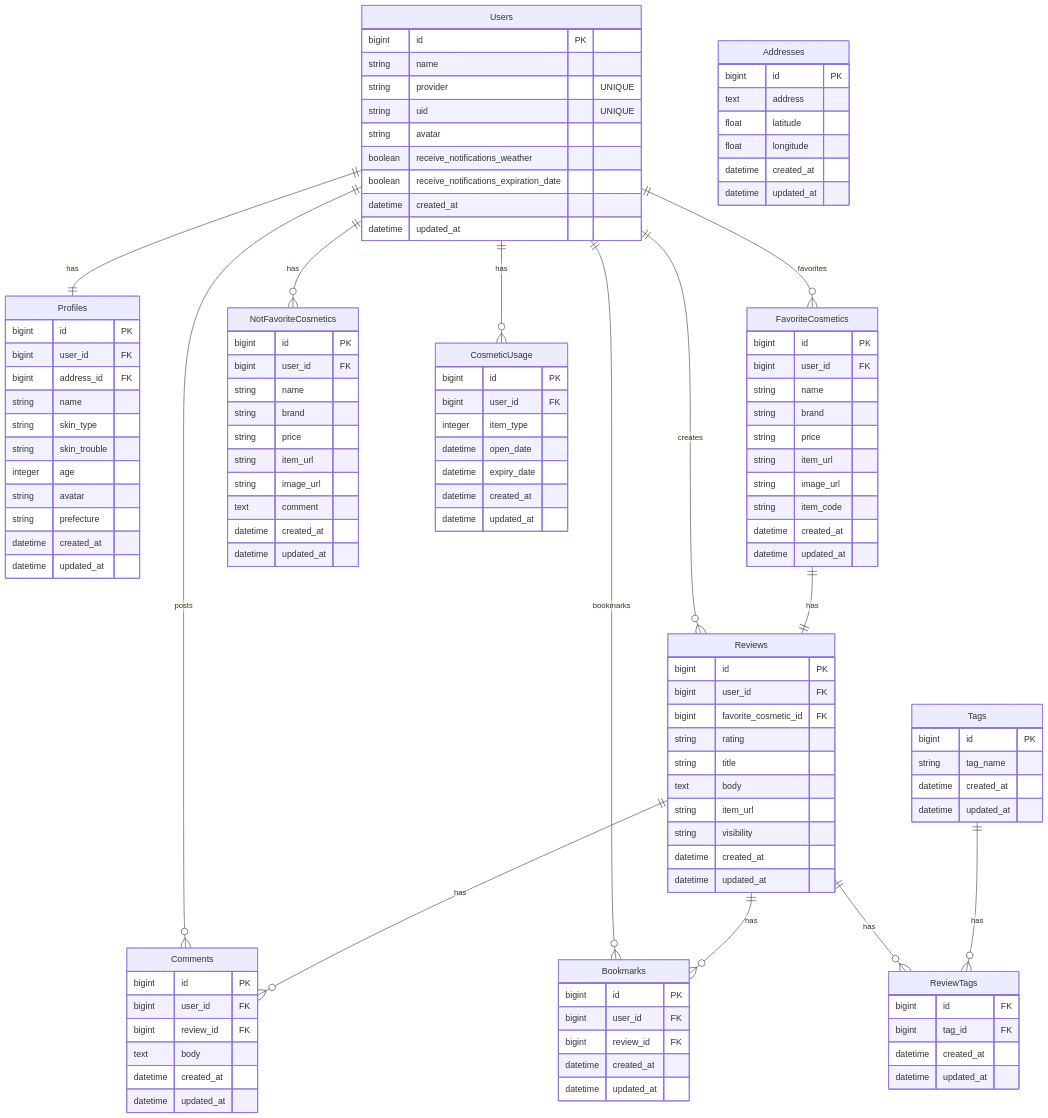
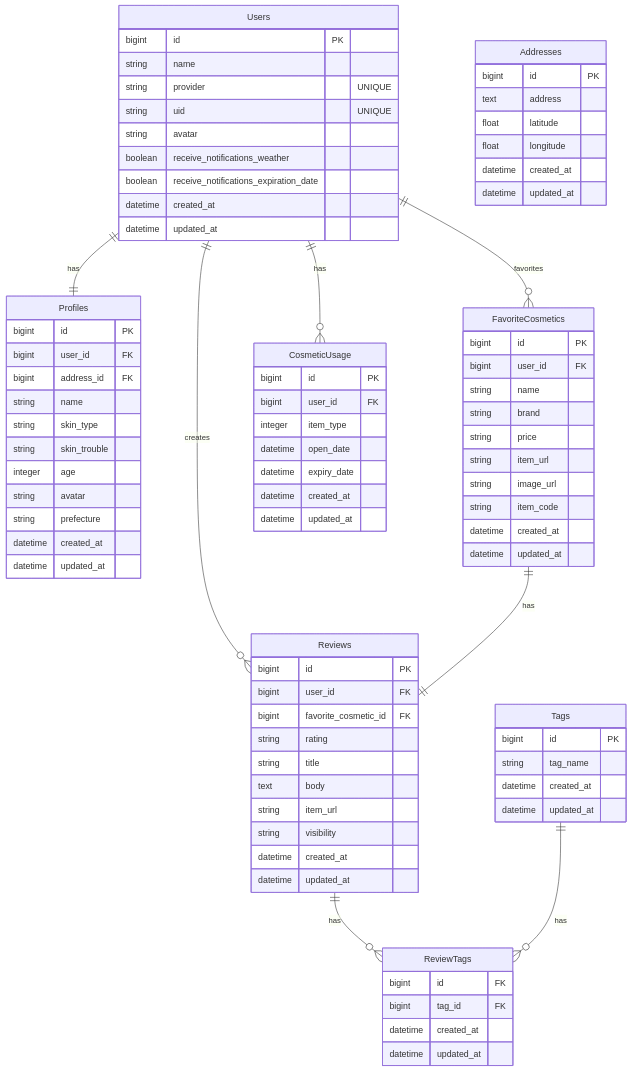
Before and after one commit to rk0325/korecare: the diagram in README.md, drawn with Mermaid. The commit also changed other lines of this file and 2 other files, not shown here.

Commit message:
[update]README修正

```diff
--- a/README.md
+++ b/README.md
@@ -119,14 +110,9 @@
 erDiagram
 Users ||--|| Profiles : has
 Users ||--o{ FavoriteCosmetics : favorites
-Users ||--o{ NotFavoriteCosmetics : has
 Users ||--o{ Reviews : creates
-Users ||--o{ Bookmarks : bookmarks
 Users ||--o{ CosmeticUsage : has
-Users ||--o{ Comments : posts
 FavoriteCosmetics ||--|| Reviews : has
-Reviews ||--o{ Comments : has
-Reviews ||--o{ Bookmarks : has
 Reviews ||--o{ ReviewTags : has
 Tags ||--o{ ReviewTags : has
 
@@ -178,19 +164,6 @@
   datetime updated_at
 }
 
-NotFavoriteCosmetics {
-  bigint id PK
-  bigint user_id FK
-  string name
-  string brand
-  string price
-  string item_url
-  string image_url
-  text comment
-  datetime created_at
-  datetime updated_at
-}
-
 CosmeticUsage {
   bigint id PK
   bigint user_id FK
@@ -214,23 +187,6 @@
   datetime updated_at
 }
 
-Comments {
-  bigint id PK
-  bigint user_id FK
-  bigint review_id FK
-  text body
-  datetime created_at
-  datetime updated_at
-}
-
-Bookmarks {
-  bigint id PK
-  bigint user_id FK
-  bigint review_id FK
-  datetime created_at
-  datetime updated_at
-}
-
 Tags {
   bigint id PK
   string tag_name
```
